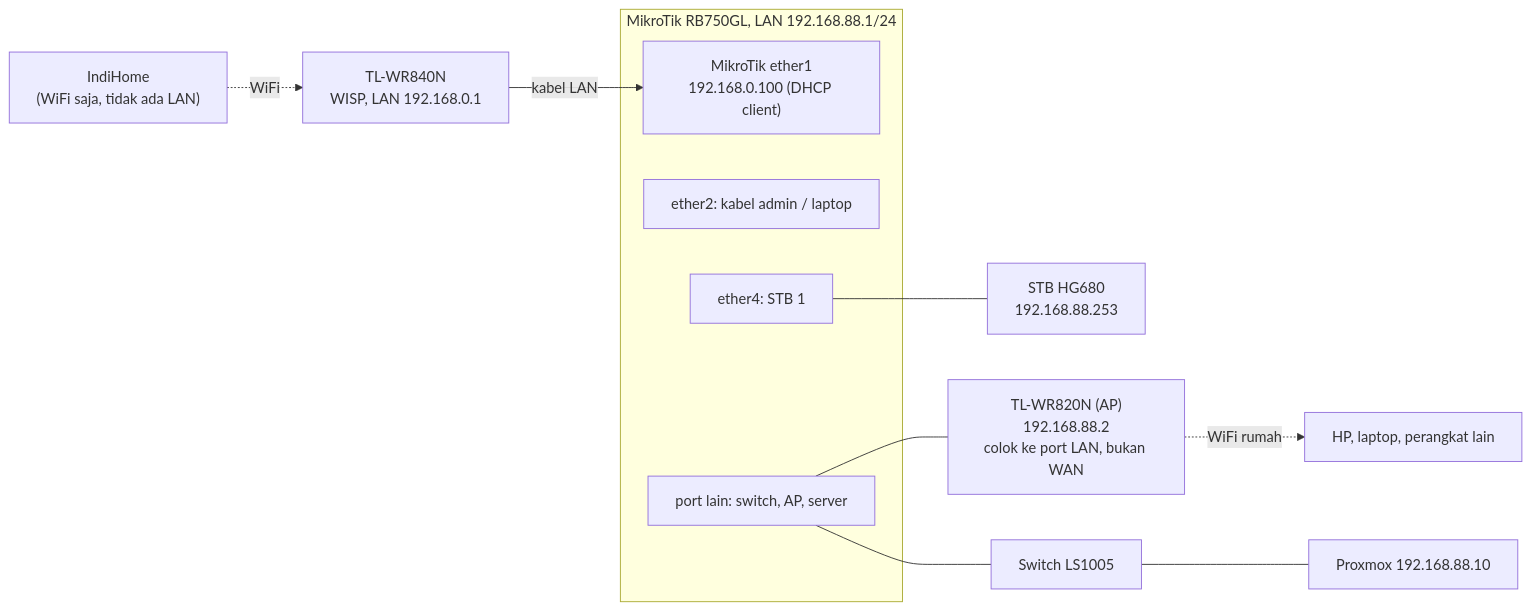
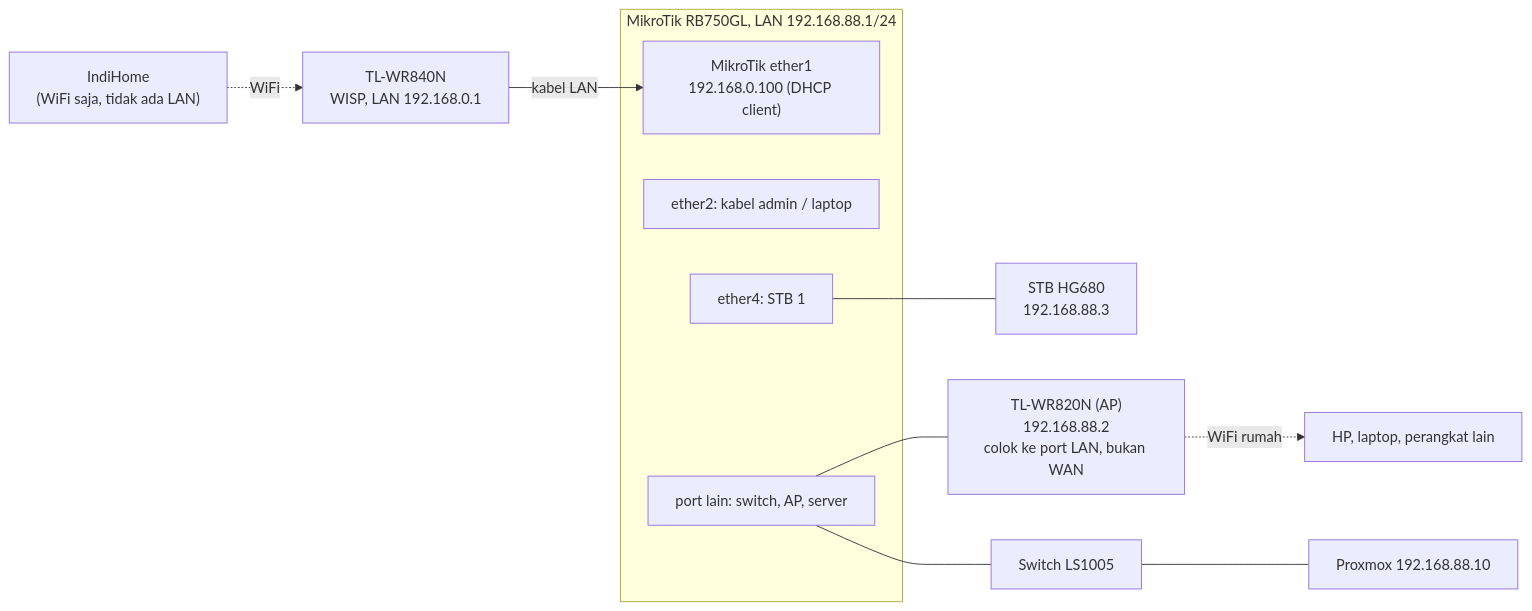
The first of 8 diagrams in docs/02-rangkaian-koneksi.md (midnightcodeprotocol-corporation/home-server-lab), drawn with Mermaid before and after one commit. The commit also changed other lines of this file and 7 other files, not shown here.

````diff
--- a/docs/02-rangkaian-koneksi.md
+++ b/docs/02-rangkaian-koneksi.md
@@ -7,16 +7,16 @@
 ```mermaid
 flowchart LR
   ISP["IndiHome<br/>(WiFi saja, tidak ada LAN)"] -. "WiFi" .-> WR840["TL-WR840N<br/>WISP, LAN 192.168.0.1"]
   WR840 -- "kabel LAN" --> E1["MikroTik ether1<br/>192.168.0.100 (DHCP client)"]
   subgraph MT["MikroTik RB750GL, LAN 192.168.88.1/24"]
     E1
     E2["ether2: kabel admin / laptop"]
     E4["ether4: STB 1"]
     EX["port lain: switch, AP, server"]
   end
-  E4 --- STB1["STB HG680<br/>192.168.88.253"]
+  E4 --- STB1["STB HG680<br/>192.168.88.3"]
   EX --- AP["TL-WR820N (AP)<br/>192.168.88.2<br/>colok ke port LAN, bukan WAN"]
   EX --- SW["Switch LS1005"]
   SW --- PVE["Proxmox 192.168.88.10"]
   AP -. "WiFi rumah" .-> CL["HP, laptop, perangkat lain"]
 ```
````
